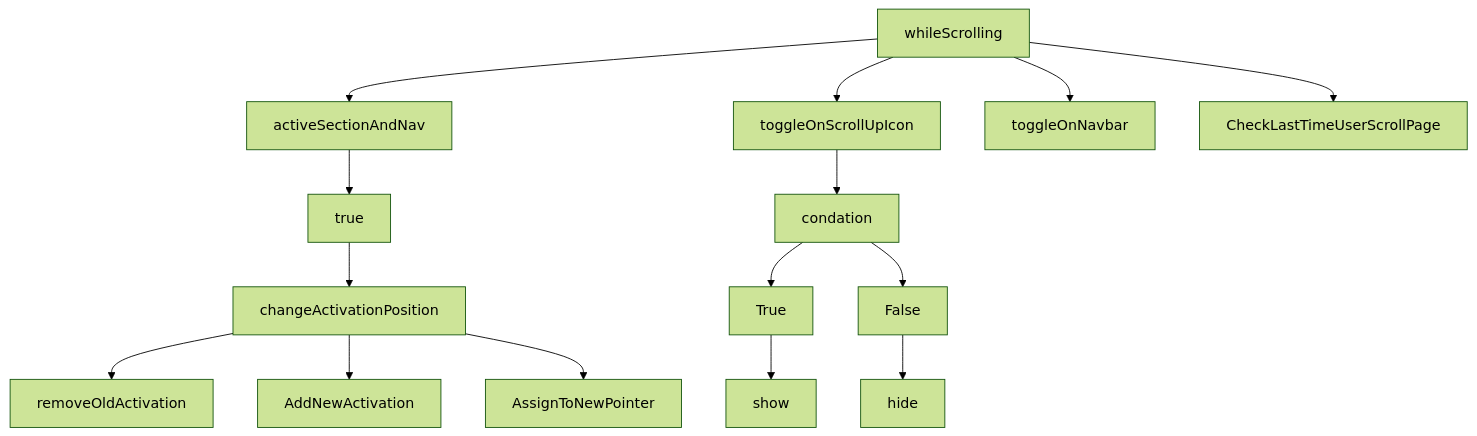
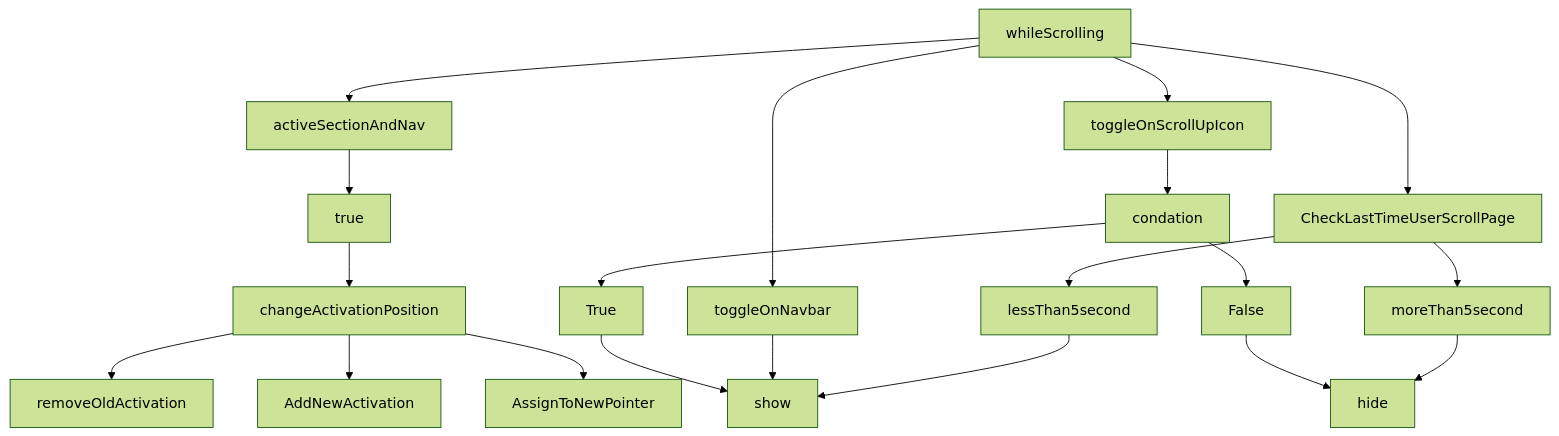
One commit to Ftohtarek/Udacity-Project changed the third of 3 diagrams in Quiz/README.MD. Above: the diagram before and after it, drawn with Mermaid (forest theme).

Commit message:
Basic writing and formatting syntax

````diff
--- a/Quiz/README.MD
+++ b/Quiz/README.MD
@@ -76,12 +76,17 @@
 ```mermaid
 graph TD;
     whileScrolling-->activeSectionAndNav-->true-->changeActivationPosition;
-    whileScrolling-->toggleOnScrollUpIcon;
-    whileScrolling-->toggleOnNavbar;
-    whileScrolling-->CheckLastTimeUserScrollPage;
     changeActivationPosition-->removeOldActivation;
     changeActivationPosition-->AddNewActivation;
     changeActivationPosition-->AssignToNewPointer;
-    toggleOnScrollUpIcon-->condation-->True-->show;
+
+
+    whileScrolling-->toggleOnScrollUpIcon-->condation-->True-->show;
     condation-->False-->hide;
+
+    whileScrolling-->toggleOnNavbar-->show;
+    whileScrolling-->CheckLastTimeUserScrollPage;
+    CheckLastTimeUserScrollPage-->moreThan5second-->hide;
+    CheckLastTimeUserScrollPage-->lessThan5second-->show;
+
 ```
````
